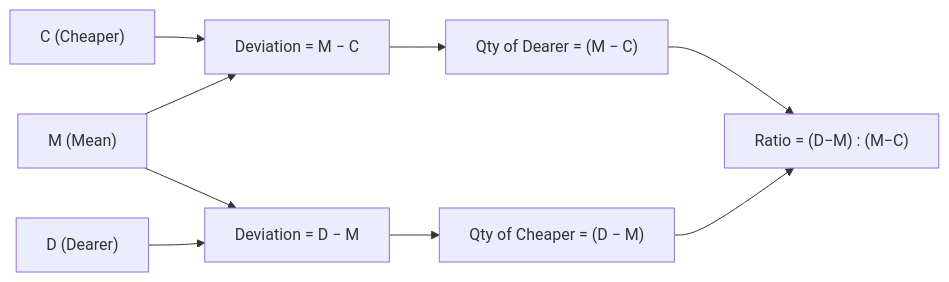
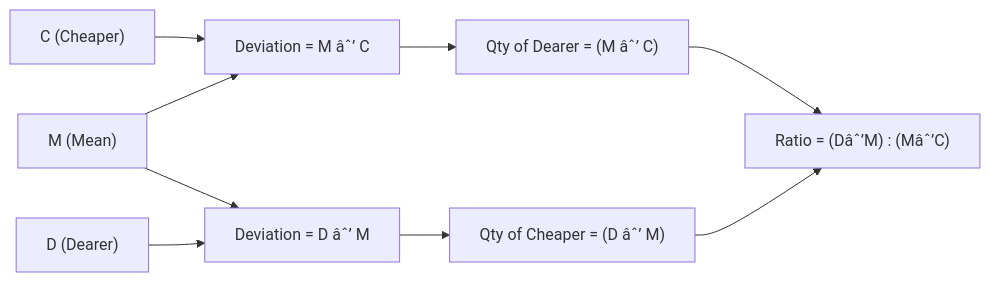
The eighth of 10 diagrams in docs/courses/quantitative-aptitude/02-advanced-arithmetic.md (Raushan666java/ai-engineering-journey), drawn with Mermaid before and after one commit. The commit also changed other lines of this file and 735 other files, not shown here.

````diff
--- a/docs/courses/quantitative-aptitude/02-advanced-arithmetic.md
+++ b/docs/courses/quantitative-aptitude/02-advanced-arithmetic.md
@@ -1094,11 +1094,11 @@
 ```mermaid
 flowchart LR
-    A["C (Cheaper)"] --> D["Deviation = M − C"]
+    A["C (Cheaper)"] --> D["Deviation = M âˆ’ C"]
     B["M (Mean)"] --> D
-    B --> E["Deviation = D − M"]
+    B --> E["Deviation = D âˆ’ M"]
     C["D (Dearer)"] --> E
-    D --> F["Qty of Dearer = (M − C)"]
-    E --> G["Qty of Cheaper = (D − M)"]
-    F --> H["Ratio = (D−M) : (M−C)"]
+    D --> F["Qty of Dearer = (M âˆ’ C)"]
+    E --> G["Qty of Cheaper = (D âˆ’ M)"]
+    F --> H["Ratio = (Dâˆ’M) : (Mâˆ’C)"]
     G --> H
 ```
````
